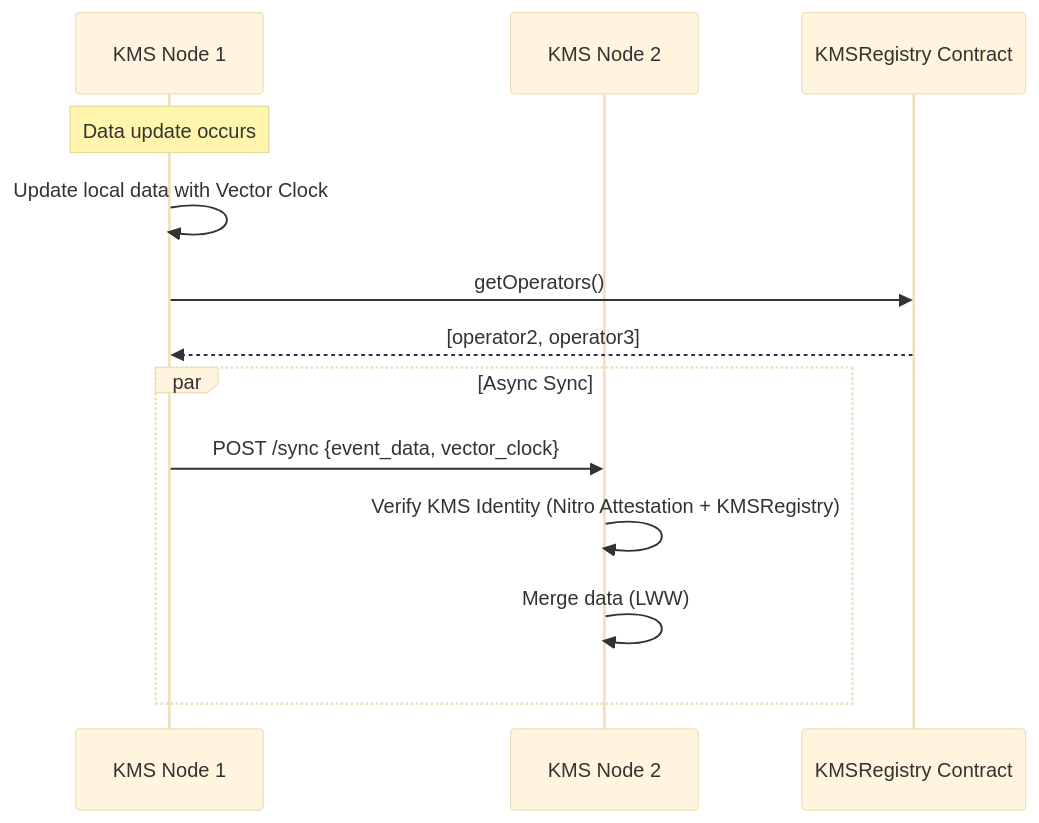
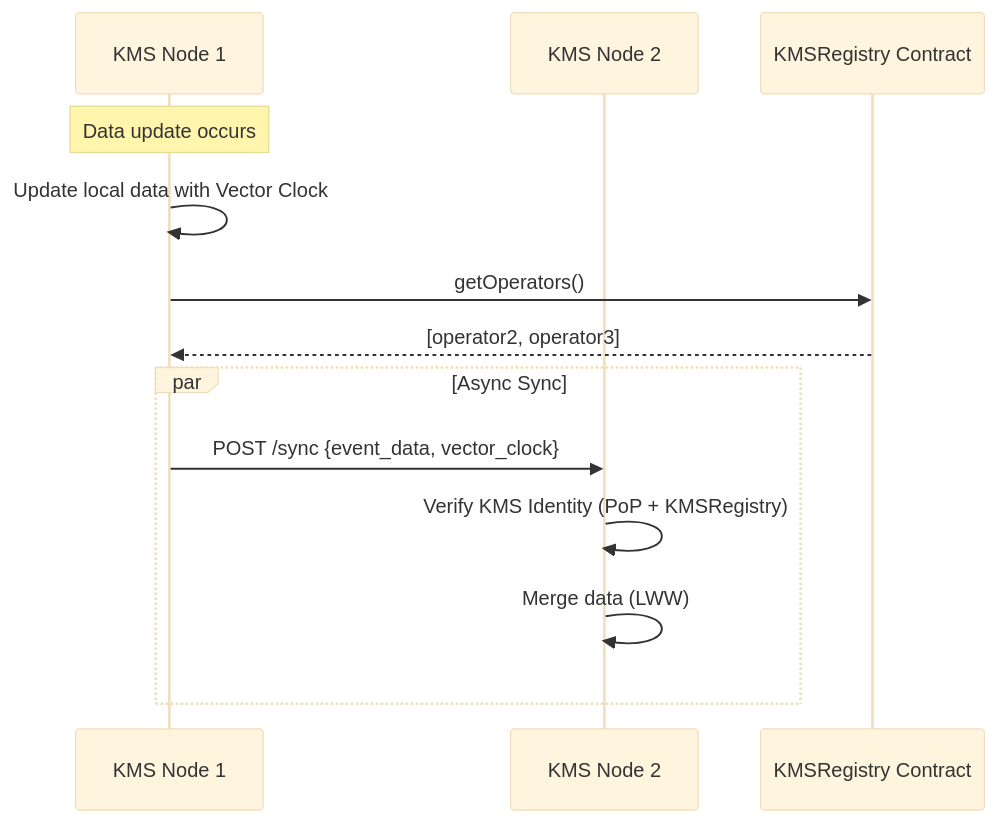
The fourth of 4 diagrams in docs/architecture.md (sparsity-xyz/nova-kms), drawn with Mermaid (base theme) before and after one commit. The commit also changed other lines of this file and 17 other files, not shown here.

````diff
--- a/docs/architecture.md
+++ b/docs/architecture.md
@@ -326,18 +326,18 @@
 ```mermaid
 sequenceDiagram
     participant KMS1 as KMS Node 1
     participant KMS2 as KMS Node 2
     participant KC as KMSRegistry Contract
     
     Note over KMS1: Data update occurs
     KMS1->>KMS1: Update local data with Vector Clock
     
     KMS1->>KC: getOperators()
     KC-->>KMS1: [operator2, operator3]
     
     par Async Sync
         KMS1->>KMS2: POST /sync {event_data, vector_clock}
-        KMS2->>KMS2: Verify KMS Identity (Nitro Attestation + KMSRegistry)
+        KMS2->>KMS2: Verify KMS Identity (PoP + KMSRegistry)
         KMS2->>KMS2: Merge data (LWW)
     end
 ```
````
